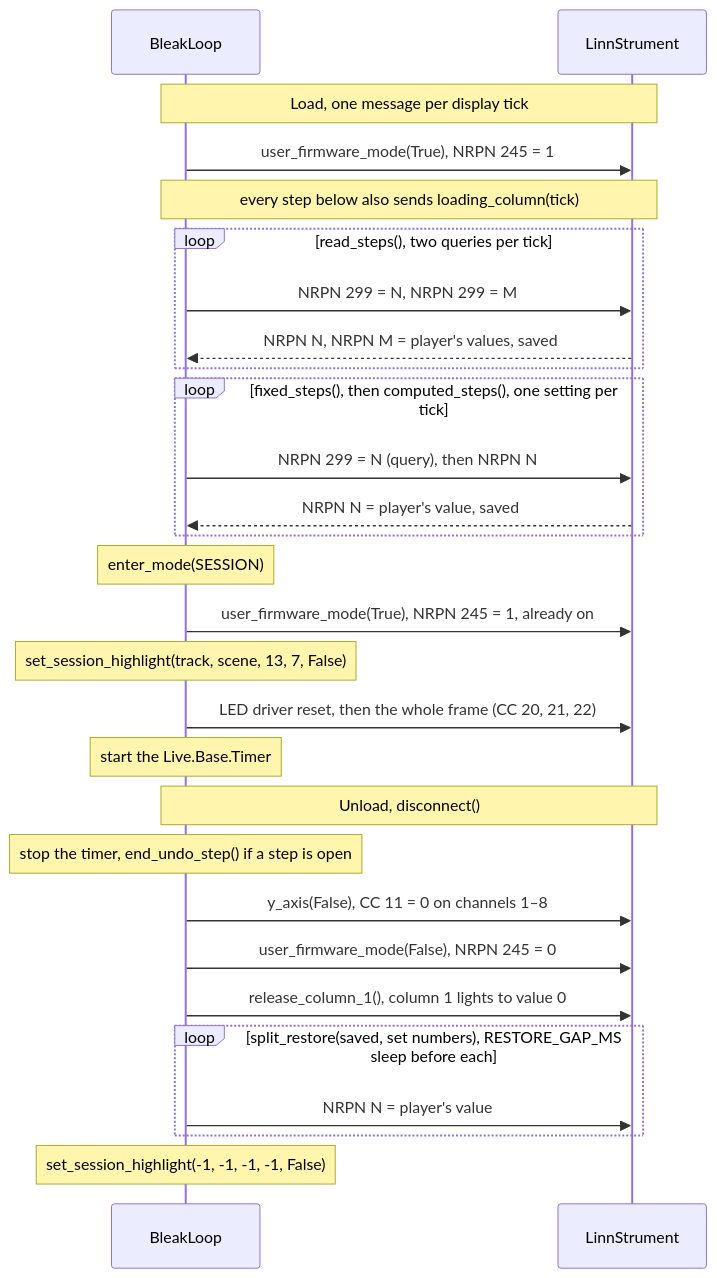
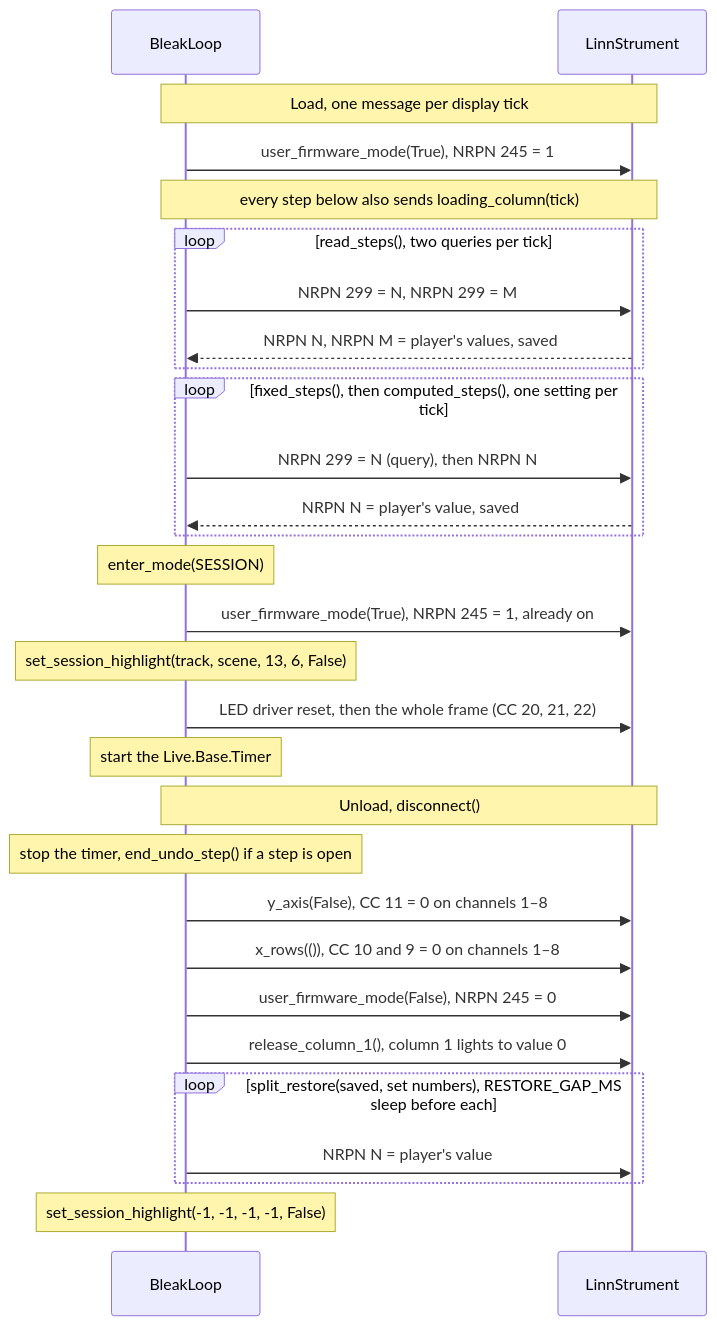
One commit to ianbleaker/bleakloop-linnstrument changed the fifth of 8 diagrams in docs/architecture.md. Above: the diagram before and after it, drawn with Mermaid. The commit also changed other lines of this file and 34 other files, not shown here.

````diff
--- a/docs/architecture.md
+++ b/docs/architecture.md
@@ -346,30 +370,31 @@
 ```mermaid
 sequenceDiagram
   participant BleakLoop
   participant LinnStrument
   Note over BleakLoop,LinnStrument: Load, one message per display tick
   BleakLoop->>LinnStrument: user_firmware_mode(True), NRPN 245 = 1
   Note over BleakLoop,LinnStrument: every step below also sends loading_column(tick)
   loop read_steps(), two queries per tick
     BleakLoop->>LinnStrument: NRPN 299 = N, NRPN 299 = M
     LinnStrument-->>BleakLoop: NRPN N, NRPN M = player's values, saved
   end
   loop fixed_steps(), then computed_steps(), one setting per tick
     BleakLoop->>LinnStrument: NRPN 299 = N (query), then NRPN N
     LinnStrument-->>BleakLoop: NRPN N = player's value, saved
   end
   Note over BleakLoop: enter_mode(SESSION)
   BleakLoop->>LinnStrument: user_firmware_mode(True), NRPN 245 = 1, already on
-  Note over BleakLoop: set_session_highlight(track, scene, 13, 7, False)
+  Note over BleakLoop: set_session_highlight(track, scene, 13, 6, False)
   BleakLoop->>LinnStrument: LED driver reset, then the whole frame (CC 20, 21, 22)
   Note over BleakLoop: start the Live.Base.Timer
   Note over BleakLoop,LinnStrument: Unload, disconnect()
   Note over BleakLoop: stop the timer, end_undo_step() if a step is open
   BleakLoop->>LinnStrument: y_axis(False), CC 11 = 0 on channels 1–8
+  BleakLoop->>LinnStrument: x_rows(()), CC 10 and 9 = 0 on channels 1–8
   BleakLoop->>LinnStrument: user_firmware_mode(False), NRPN 245 = 0
   BleakLoop->>LinnStrument: release_column_1(), column 1 lights to value 0
   loop split_restore(saved, set numbers), RESTORE_GAP_MS sleep before each
     BleakLoop->>LinnStrument: NRPN N = player's value
   end
   Note over BleakLoop: set_session_highlight(-1, -1, -1, -1, False)
 ```
````
